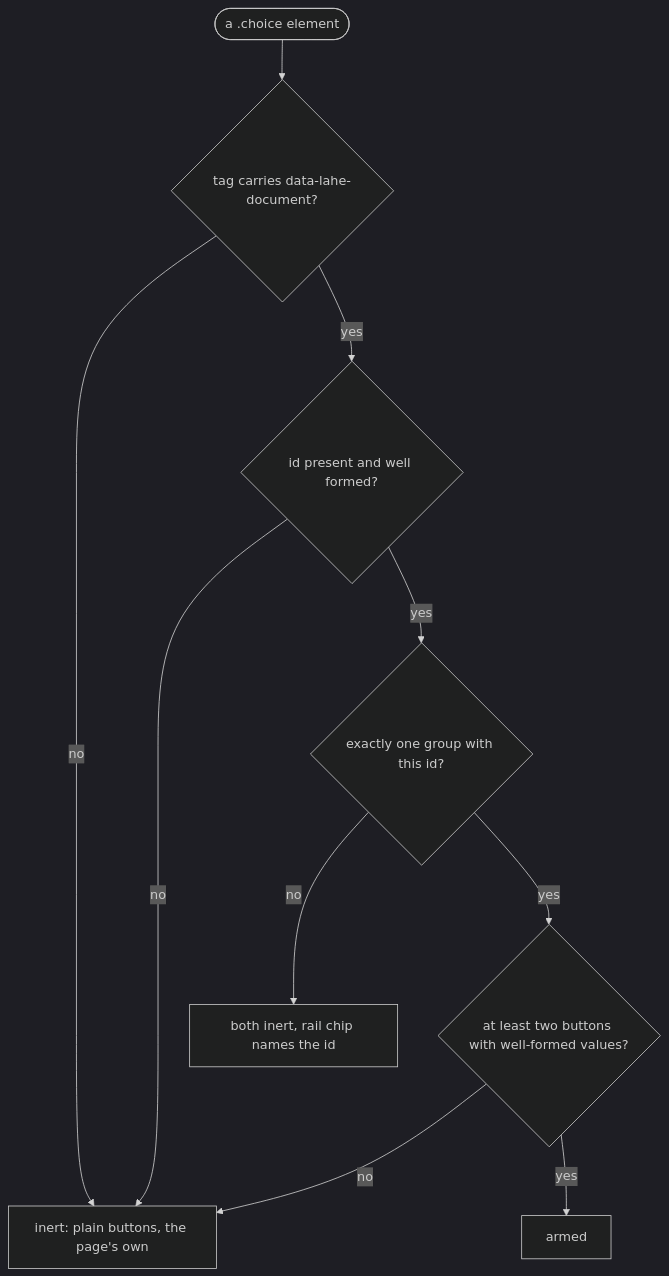
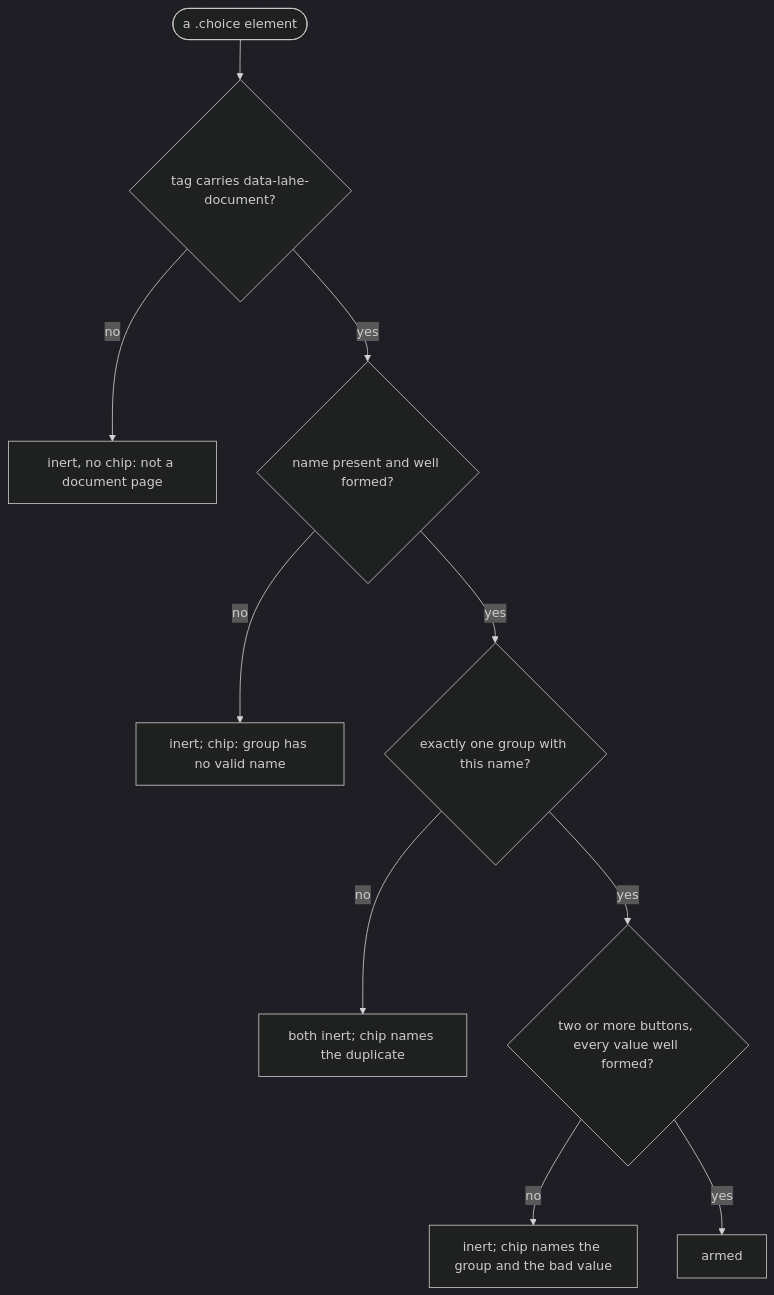
One commit to kenxle/live-agentic-html-editor changed the second of 2 diagrams in docs/features/20261013.01_choice_buttons/02_architecture_choice_buttons.md. Above: the diagram before and after it, drawn with Mermaid (dark theme). The commit also changed other lines of this file and 4 other files, not shown here.

Commit message:
Choice buttons: architect review folded in (14 findings): data-choice name, anchor rung, press hold in splitForFloor, wake count measured; board row for a monitor quiet spell

````diff
--- a/docs/features/20261013.01_choice_buttons/02_architecture_choice_buttons.md
+++ b/docs/features/20261013.01_choice_buttons/02_architecture_choice_buttons.md
@@ -130,12 +141,12 @@
 ```mermaid
 flowchart TD
   S([a .choice element]) --> T{tag carries data-lahe-document?}
-  T -- no --> I[inert: plain buttons, the page's own]
-  T -- yes --> U{id present and well formed?}
-  U -- no --> I
-  U -- yes --> V{exactly one group with this id?}
-  V -- no --> W[both inert, rail chip names the id]
-  V -- yes --> X{at least two buttons with well-formed values?}
-  X -- no --> I
+  T -- no --> I[inert, no chip: not a document page]
+  T -- yes --> U{name present and well formed?}
+  U -- no --> C1[inert; chip: group has no valid name]
+  U -- yes --> V{exactly one group with this name?}
+  V -- no --> C2[both inert; chip names the duplicate]
+  V -- yes --> X{two or more buttons, every value well formed?}
+  X -- no --> C3[inert; chip names the group and the bad value]
   X -- yes --> Y[armed]
 ```
````
